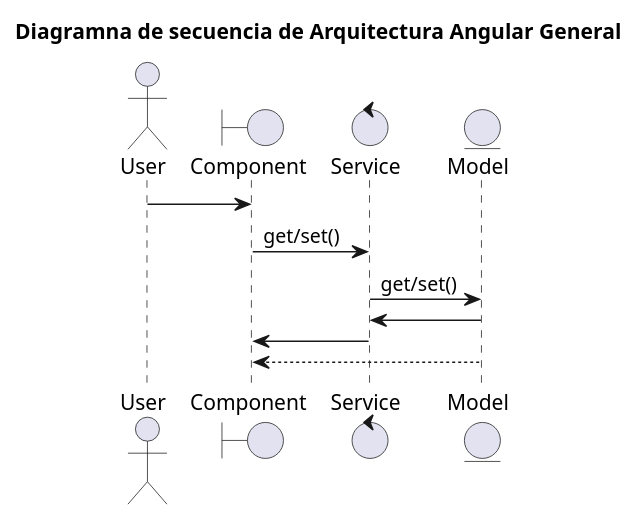
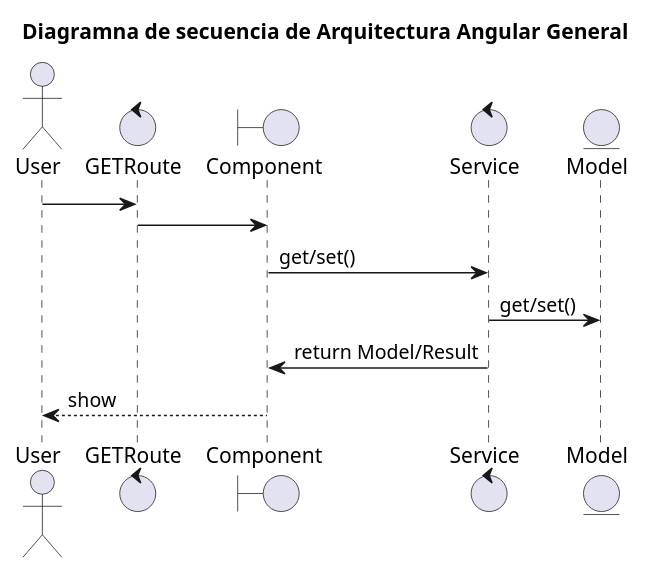
Before and after one commit to Master-Desarrollo-20-21/arquitectura-del-software-diagramas-de-tu-framework-kodenix: the diagram in angular/src/general/secuencia-arquitectura-angular-general.puml, drawn with PlantUML. The commit also changed 10 other files, not shown here.

```diff
--- a/angular/src/general/secuencia-arquitectura-angular-general.puml
+++ b/angular/src/general/secuencia-arquitectura-angular-general.puml
@@ -1,16 +1,17 @@
 @startuml
 title "Diagramna de secuencia de Arquitectura Angular General"
 
 actor User
+control GETRoute
 boundary "Component" as View
 control "Service" as Controller
 entity Model
 
-User -> View 
+User -> GETRoute 
+GETRoute -> View
 View -> Controller : get/set()
 Controller -> Model : get/set()
-Controller <- Model
-View <- Controller
-View <-- Model
+View <- Controller : return Model/Result
+User <-- View : show
 
 @enduml
```
